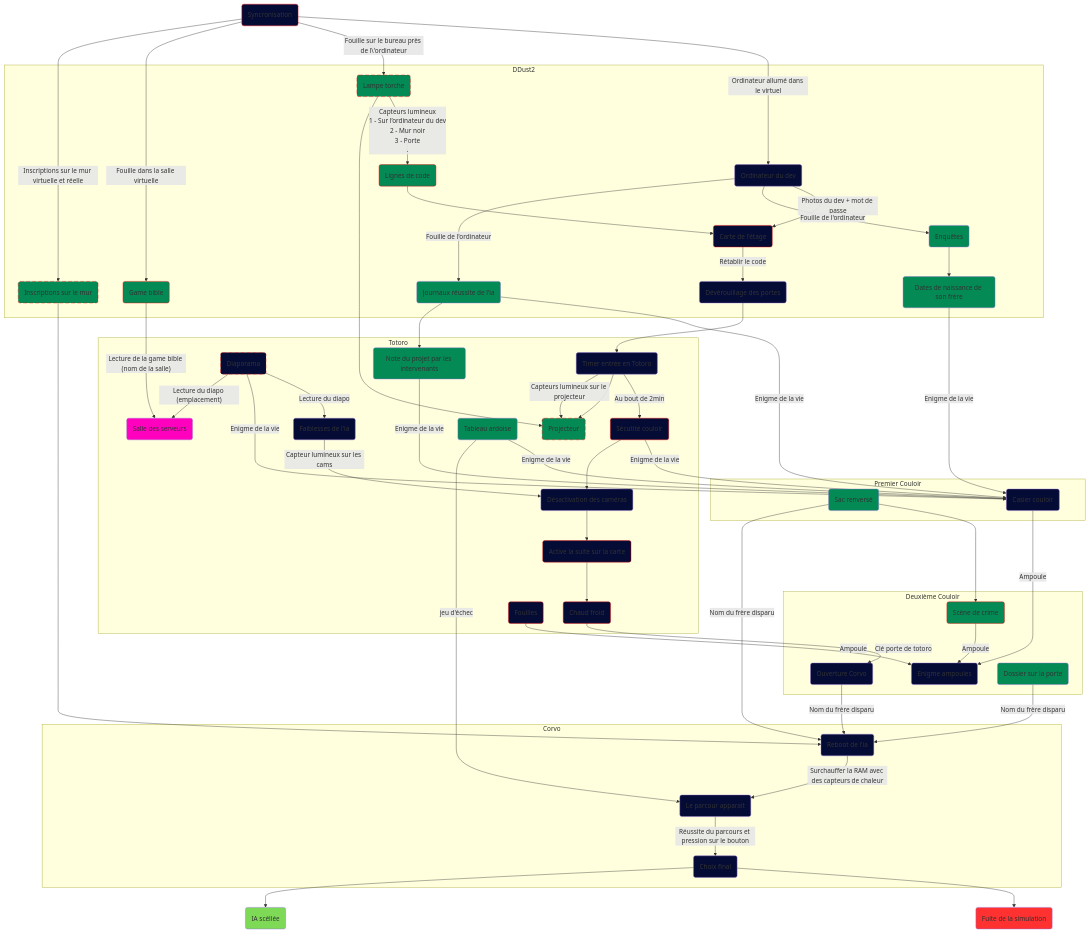
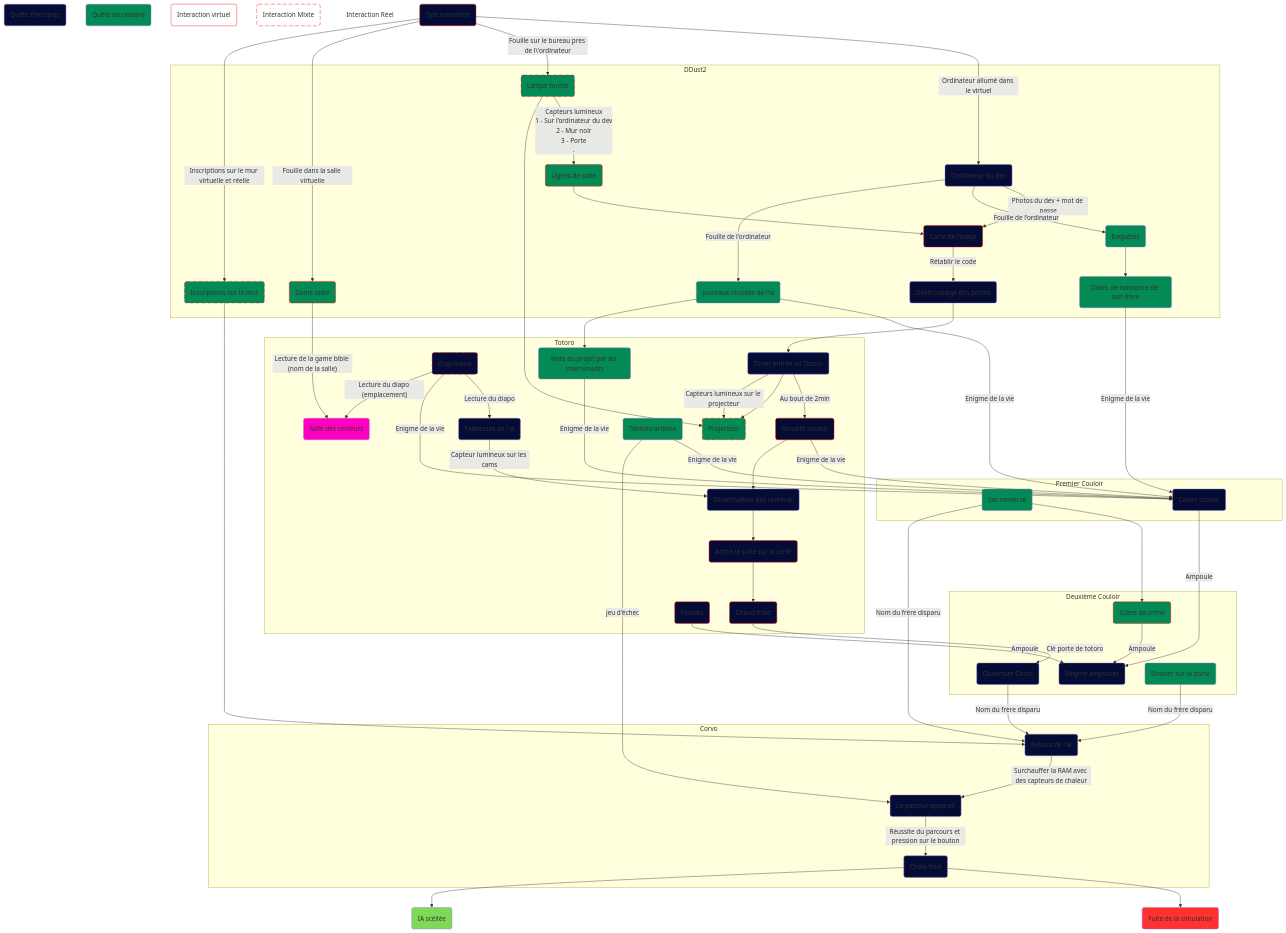
Before and after one commit to Escape-Game-Gaming-Campus/.doc: the first of 2 diagrams in Writerside/topics/Enigmes.md, drawn with Mermaid. The commit also changed other lines of this file and 2 other files, not shown here.

````diff
--- a/Writerside/topics/Enigmes.md
+++ b/Writerside/topics/Enigmes.md
@@ -3,23 +6,62 @@
 ```mermaid
 flowchart TB
+    z2("Quête Principale")
+    z3("Quête secondaire")
+    z4("Interaction virtuel")
+    z5("Interaction Mixte")
+    z6("Interaction Réel")
     z1("Syncronisation")
+    
+    subgraph DDust2
+        a1("Ordinateur du dev")
+        a2("Carte de l'étage")
+        a3("Dévérouillage des portes")
+        a4("Enquêtes")
+        a5("Dates de naissance de son frère")
+        a6("Journaux réussite de l'ia")
+        a7("Lampe torche")
+        a8("Lignes de code")
+        a9("Game bible")
+        a10("Inscriptions sur le mur")
+    end
+    
+    subgraph "Premier Couloir"
+        b1("Sac renversé")
+        b2("Casier couloir")
+    end
+    
+    subgraph Totoro
+        c1("Timer entrée en Totoro")
+        c2("Sécutité couloir")
+        c3("Désactivation des caméras")
+        c4("Active la suite sur la carte")
+        c5("Chaud froid")
+        c6("Diaporama")
+        c7("Faiblesses de l'ia")
+        c8("Fouilles")
+        c9("Salle des serveurs")
+        c10("Note du projet par les intervenants")
+        c11("Projecteur")
+        c12("Tableau ardoise")
+    end
+    
+    subgraph "Deuxième Couloir"
+        d1("Ouverture Corvo")
+        d2("Enigme ampoules")
+        d3("Scène de crime")
+        d4("Dossier sur la porte")
+    end
+    
+    subgraph Corvo
+        e1("Reboot de l'ia")
+        e2("Le parcour apparait")
+        e3("Choix final")
+    end
+    
     z1 -- Ordinateur allumé dans le virtuel --> a1
     z1 -- Fouille sur le bureau près de l\'ordinateur --> a7
     z1 -- Fouille dans la salle virtuelle --> a9
     z1 -- Inscriptions sur le mur virtuelle et réelle --> a10
-    
-    subgraph DDust2
-    a1("Ordinateur du dev")
-    a2("Carte de l'étage")
-    a3("Dévérouillage des portes")
-    a4("Enquêtes")
-    a5("Dates de naissance de son frère")
-    a6("Journaux réussite de l'ia")
-    a7("Lampe torche")
-    a8("Lignes de code")
-    a9("Game bible")
-    a10("Inscriptions sur le mur")
-    
     a1 -- Photos du dev + mot de passe --> a2
     a2 -- Rétablir le code --> a3
     a1 -- Fouille de l'ordinateur --> a4
@@ -27,30 +69,8 @@
     a1 -- Fouille de l'ordinateur --> a6
     a7 -- "Capteurs lumineux\n1 - Sur l’ordinateur du dev\n2 - Mur noir\n3 - Porte\n." --> a8
     a8 --> a2
-    end
-    
-    subgraph "Premier Couloir"
-    b1("Sac renversé")
-    b2("Casier couloir")
-    
     a5 -- Enigme de la vie --> b2
     a6 -- Enigme de la vie --> b2
-    end
-    
-    subgraph Totoro
-    c1("Timer entrée en Totoro")
-    c2("Sécutité couloir")
-    c3("Désactivation des caméras")
-    c4("Active la suite sur la carte")
-    c5("Chaud froid")
-    c6("Diaporama")
-    c7("Faiblesses de l'ia")
-    c8("Fouilles")
-    c9("Salle des serveurs")
-    c10("Note du projet par les intervenants")
-    c11("Projecteur")
-    c12("Tableau ardoise")
-    
     a3 --> c1
     c1 -- Au bout de 2min --> c2
     c2 -- Enigme de la vie --> b2
@@ -68,26 +88,11 @@
     c1 --> c11
     c1 -- Capteurs lumineux sur le projecteur --> c11
     c12 -- Enigme de la vie --> b2
-    end
-    
-    subgraph "Deuxième Couloir"
-    d1("Ouverture Corvo")
-    d2("Enigme ampoules")
-    d3("Scène de crime")
-    d4("Dossier sur la porte")
-    
     c5 -- Clé porte de totoro --> d1
     b2 -- Ampoule --> d2
     c8 -- Ampoule --> d2
     b1 --> d3
     d3 -- Ampoule --> d2
-    end
-    
-    subgraph Corvo
-    e1("Reboot de l'ia")
-    e2("Le parcour apparait")
-    e3("Choix final")
-    
     d1 -- Nom du frère disparu --> e1
     d4 -- Nom du frère disparu --> e1
     b1 -- Nom du frère disparu --> e1
@@ -95,7 +100,6 @@
     e1 -- Surchauffer la RAM avec des capteurs de chaleur --> e2
     c12 -- jeu d'échec --> e2
     e2 -- Réussite du parcours et pression sur le bouton --> e3
-    end
     
     y1("Fuite de la simulation")
     y2("IA scéllée")
@@ -104,6 +108,12 @@
     e3 --> y2
     
     style z1 fill:#040b34, stroke:#ff0000
+    style z2 fill:#040b34
+    style z3 fill:#038a55
+    style z4 fill:#19191c00, stroke:#ff0000
+    style z5 fill:#19191c00, stroke:#ff0000, stroke-dasharray: 10 5
+    style z6 fill:#19191c00, stroke:#ff000000
+    
     style a1 fill:#040b34
     style a2 fill:#040b34, stroke:#ff0000
     style a3 fill:#040b34
````
